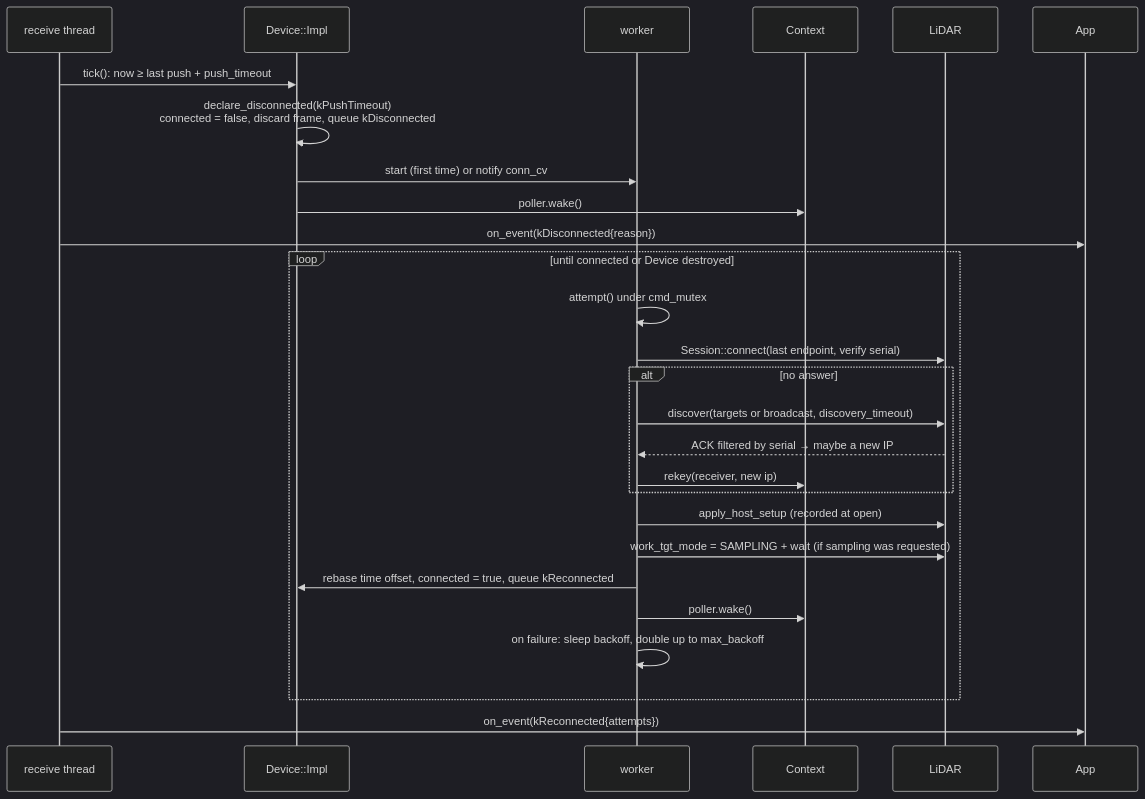
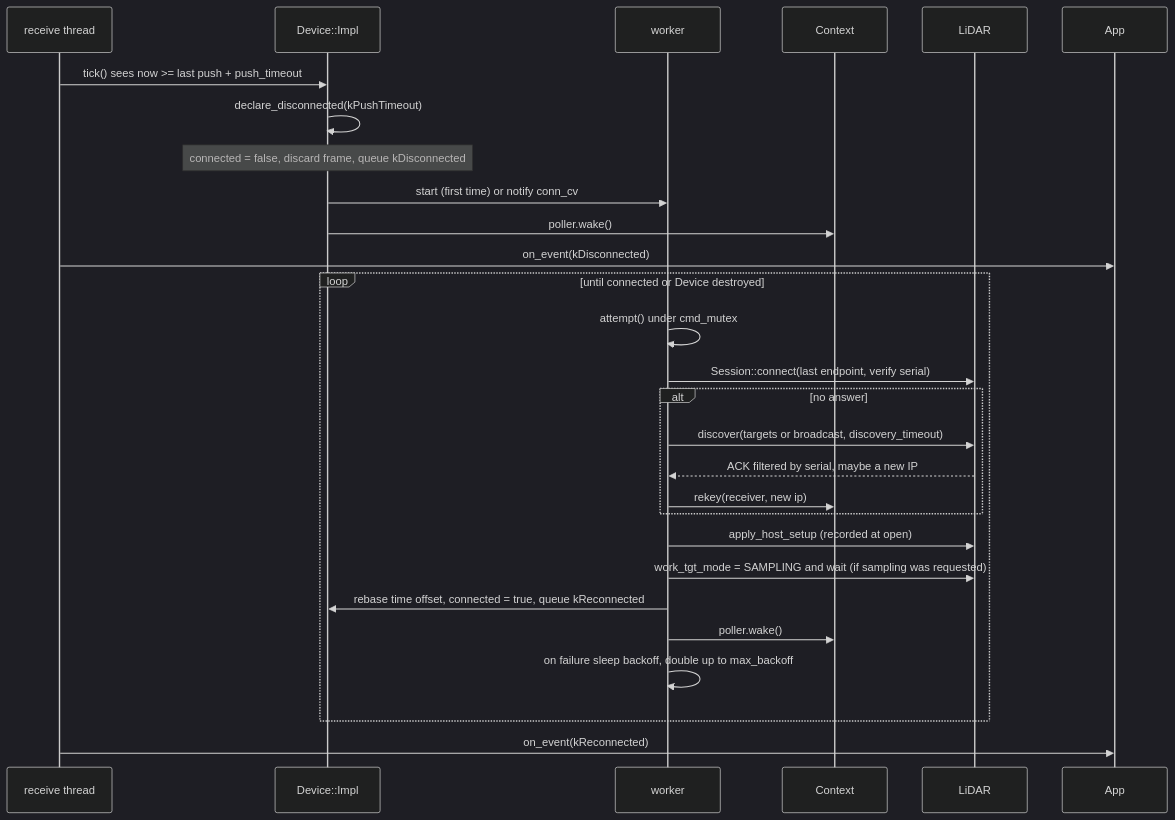
The sixth of 10 diagrams in docs/architecture.md (atinfinity/livox-mid360-core), drawn with Mermaid (dark theme) before and after one commit. The commit also changed other lines of this file, not shown here.

Commit message:
docs: simplify Mermaid syntax in reconnect diagrams
GitHub failed to render section 3.4; drop <br/>, unicode operators and
braces from the sequence diagram and slashes/parentheses from the state
diagram labels.

````diff
--- a/docs/architecture.md
+++ b/docs/architecture.md
@@ -232,29 +232,30 @@
 ```mermaid
 sequenceDiagram
   participant RX as receive thread
   participant Dev as Device::Impl
   participant W as worker
   participant Ctx as Context
   participant L as LiDAR
   participant App
-  RX->>Dev: tick(): now ≥ last push + push_timeout
-  Dev->>Dev: declare_disconnected(kPushTimeout)<br/>connected = false, discard frame, queue kDisconnected
+  RX->>Dev: tick() sees now >= last push + push_timeout
+  Dev->>Dev: declare_disconnected(kPushTimeout)
+  Note over Dev: connected = false, discard frame, queue kDisconnected
   Dev->>W: start (first time) or notify conn_cv
   Dev->>Ctx: poller.wake()
-  RX->>App: on_event(kDisconnected{reason})
+  RX->>App: on_event(kDisconnected)
   loop until connected or Device destroyed
     W->>W: attempt() under cmd_mutex
     W->>L: Session::connect(last endpoint, verify serial)
     alt no answer
       W->>L: discover(targets or broadcast, discovery_timeout)
-      L-->>W: ACK filtered by serial → maybe a new IP
+      L-->>W: ACK filtered by serial, maybe a new IP
       W->>Ctx: rekey(receiver, new ip)
     end
     W->>L: apply_host_setup (recorded at open)
-    W->>L: work_tgt_mode = SAMPLING + wait (if sampling was requested)
+    W->>L: work_tgt_mode = SAMPLING and wait (if sampling was requested)
     W->>Dev: rebase time offset, connected = true, queue kReconnected
     W->>Ctx: poller.wake()
-    W->>W: on failure: sleep backoff, double up to max_backoff
+    W->>W: on failure sleep backoff, double up to max_backoff
   end
-  RX->>App: on_event(kReconnected{attempts})
+  RX->>App: on_event(kReconnected)
 ```
````
